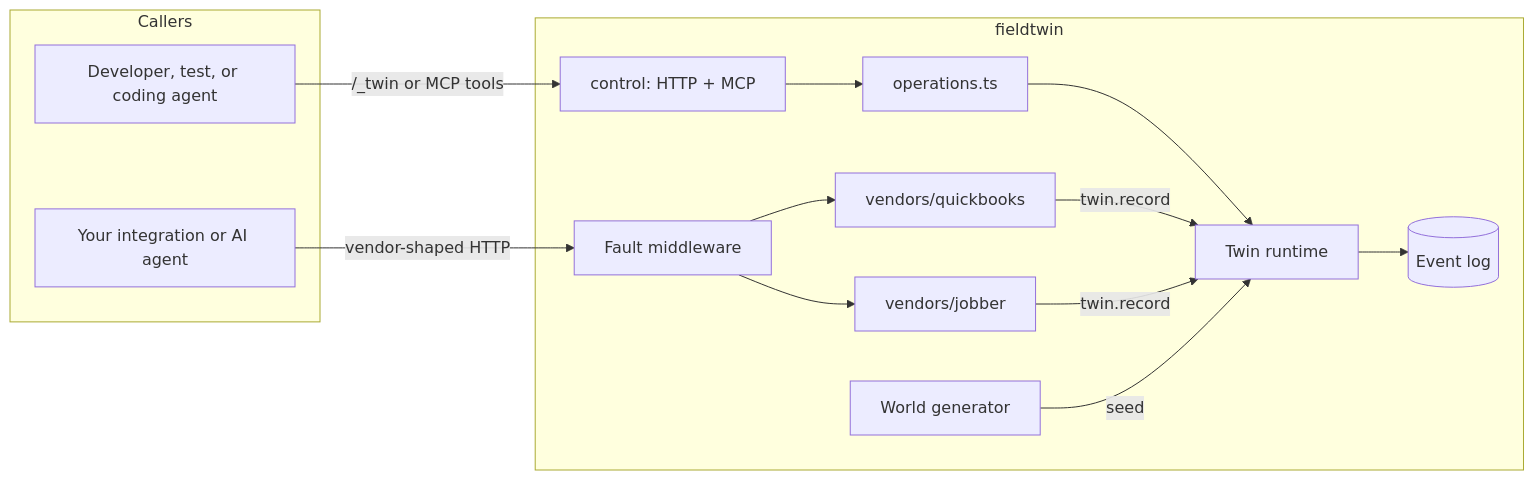
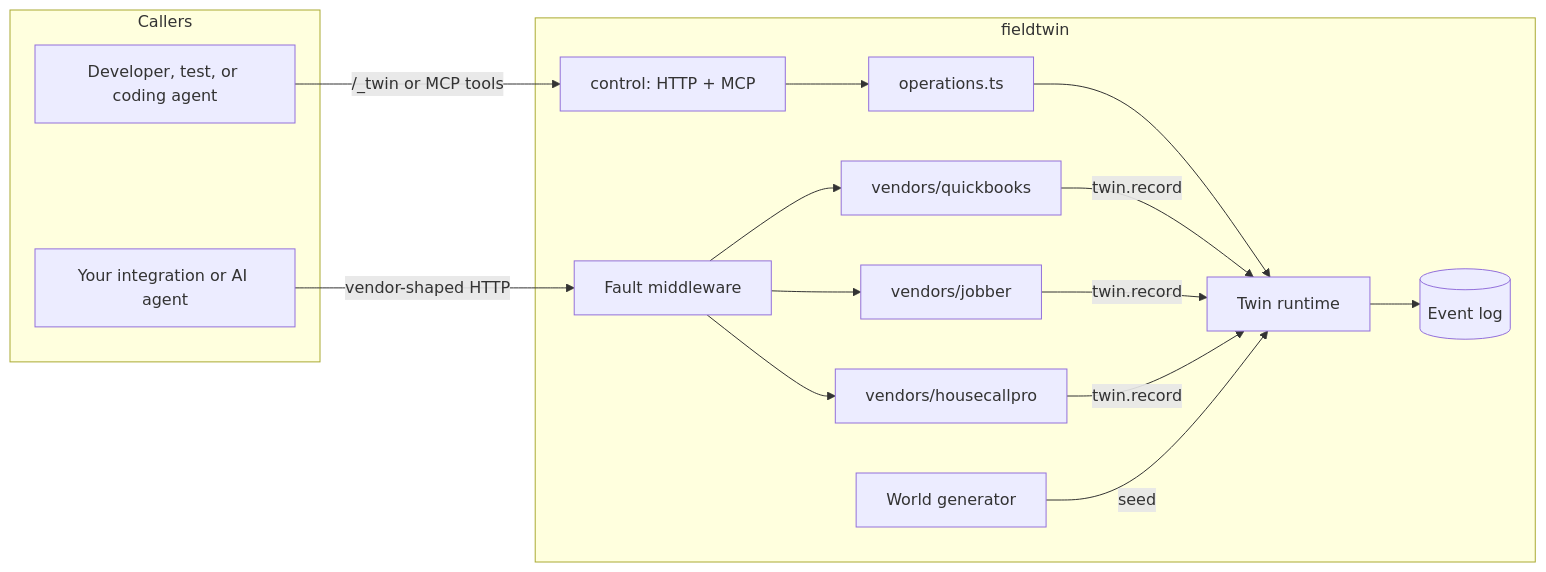
Before and after one commit to nickgeorgeseo/fieldtwin: the diagram in ARCHITECTURE.md, drawn with Mermaid. The commit also changed other lines of this file and 6 other files, not shown here.

````diff
--- a/ARCHITECTURE.md
+++ b/ARCHITECTURE.md
@@ -21,29 +21,32 @@
 ```mermaid
 flowchart LR
   subgraph Callers
     A[Your integration or AI agent]
     B[Developer, test, or coding agent]
   end
 
   subgraph fieldtwin
     F[Fault middleware]
     Q[vendors/quickbooks]
     J[vendors/jobber]
+    H[vendors/housecallpro]
     C[control: HTTP + MCP]
     O[operations.ts]
     T[Twin runtime]
     L[(Event log)]
     W[World generator]
   end
 
   A -->|vendor-shaped HTTP| F
   F --> Q
   F --> J
+  F --> H
   B -->|/_twin or MCP tools| C
   C --> O
   O --> T
   Q -->|twin.record| T
   J -->|twin.record| T
+  H -->|twin.record| T
   T --> L
   W -->|seed| T
 ```
````
